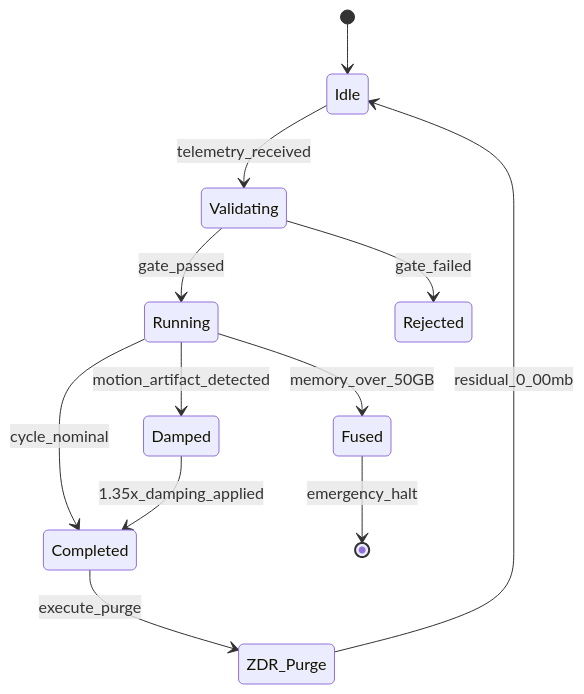
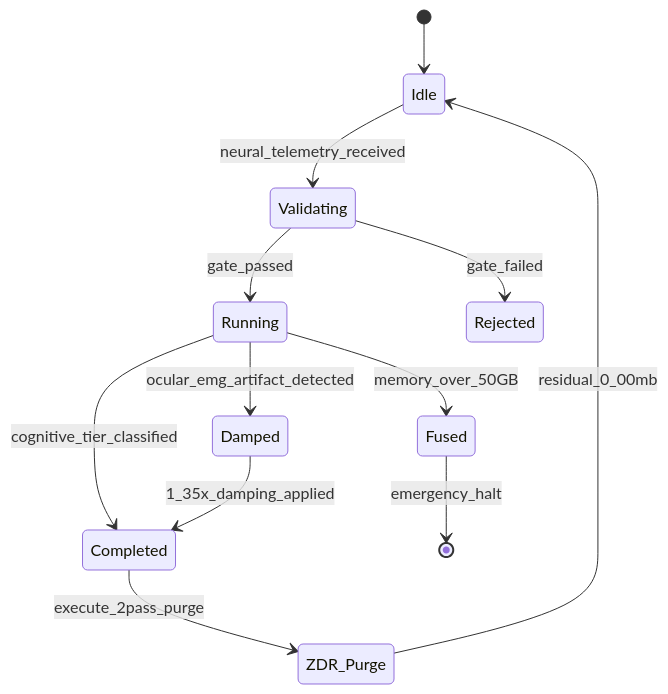
One commit to jackhu24-ship-it/phantom-grid-abudhabi-future-health changed the third of 4 diagrams in README.md. Above: the diagram before and after it, drawn with Mermaid. The commit also changed other lines of this file and 32 other files, not shown here.

````diff
--- a/README.md
+++ b/README.md
@@ -52,14 +57,14 @@
 ```mermaid
 stateDiagram-v2
     [*] --> Idle
-    Idle --> Validating: telemetry_received
+    Idle --> Validating: neural_telemetry_received
     Validating --> Running: gate_passed
     Validating --> Rejected: gate_failed
     Running --> Fused: memory_over_50GB
-    Running --> Damped: motion_artifact_detected
-    Running --> Completed: cycle_nominal
-    Damped --> Completed: 1.35x_damping_applied
-    Completed --> ZDR_Purge: execute_purge
+    Running --> Damped: ocular_emg_artifact_detected
+    Running --> Completed: cognitive_tier_classified
+    Damped --> Completed: 1_35x_damping_applied
+    Completed --> ZDR_Purge: execute_2pass_purge
     ZDR_Purge --> Idle: residual_0_00mb
     Fused --> [*]: emergency_halt
 ```
````
